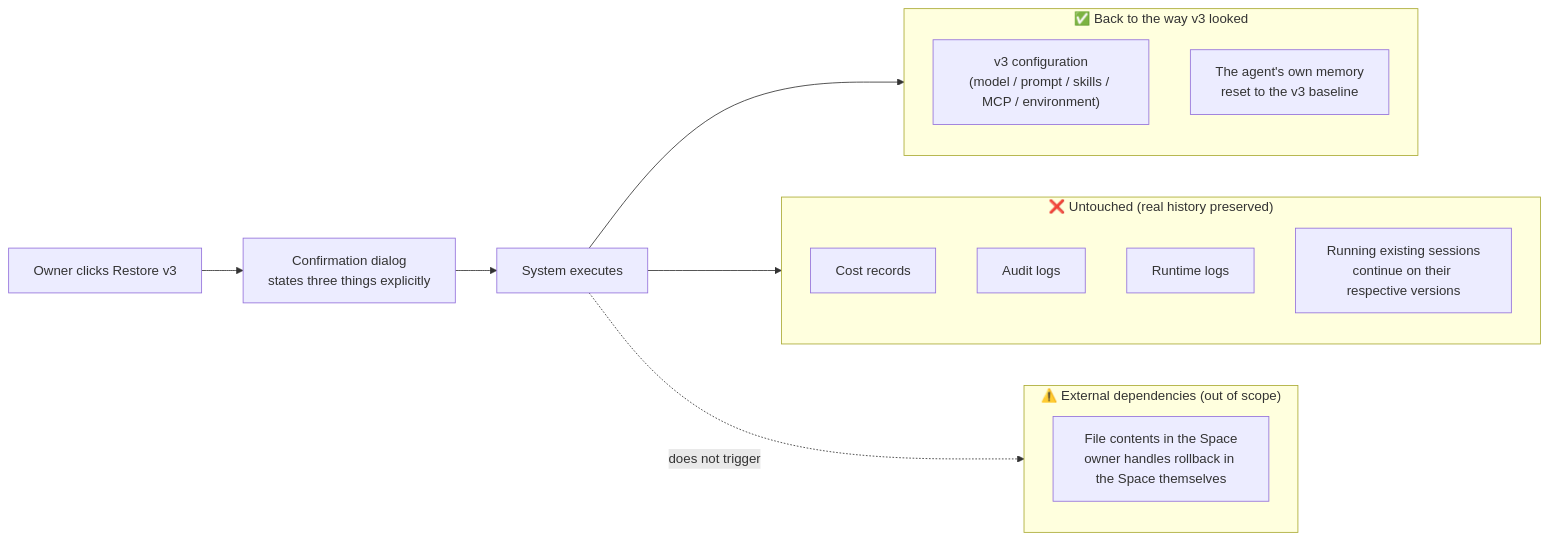
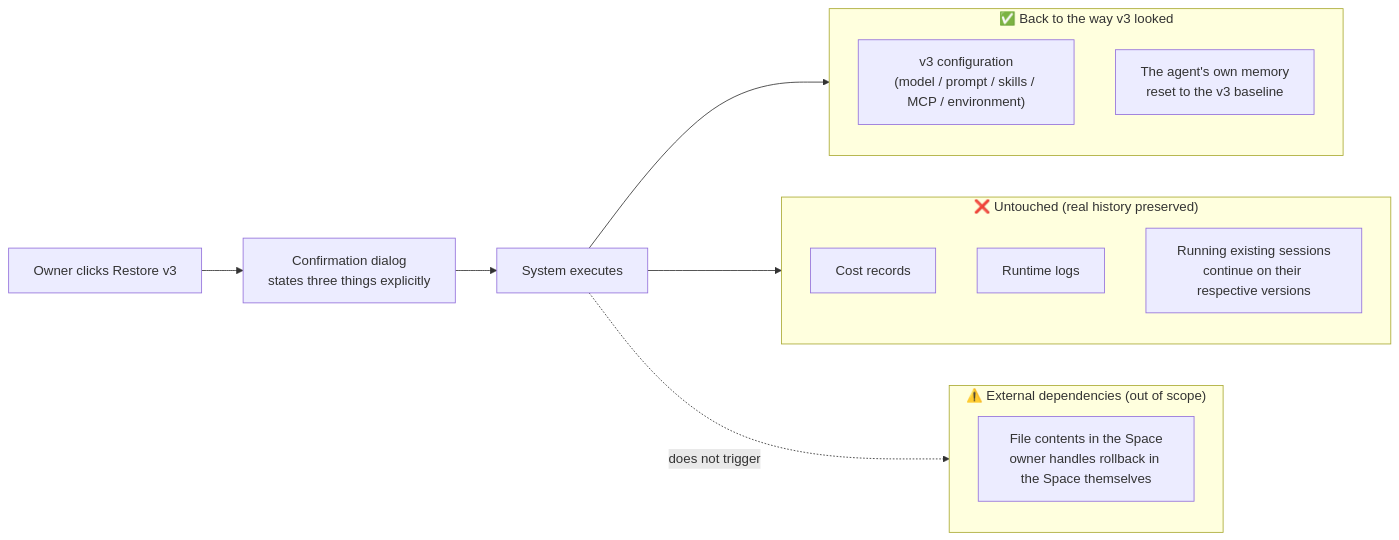
The first of 2 diagrams in dev/prd/agent-versions.md (langgenius/mosoo), drawn with Mermaid before and after one commit. The commit also changed other lines of this file and 167 other files, not shown here.

````diff
--- a/dev/prd/agent-versions.md
+++ b/dev/prd/agent-versions.md
@@ -78,25 +78,24 @@
 ```mermaid
 flowchart LR
   User["Owner clicks Restore v3"] --> Confirm["Confirmation dialog<br/>states three things explicitly"]
   Confirm --> System["System executes"]
 
   subgraph Restored["✅ Back to the way v3 looked"]
     Config["v3 configuration<br/>(model / prompt / skills / MCP / environment)"]
     AgentMem["The agent's own memory<br/>reset to the v3 baseline"]
   end
 
   subgraph Preserved["❌ Untouched (real history preserved)"]
     Cost["Cost records"]
-    Audit["Audit logs"]
     SystemLog["Runtime logs"]
     OldSess["Running existing sessions<br/>continue on their respective versions"]
   end
 
   subgraph External["⚠️ External dependencies (out of scope)"]
     Space["File contents in the Space<br/>owner handles rollback in the Space themselves"]
   end
 
   System --> Restored
   System --> Preserved
   System -.does not trigger.-> External
 ```
````
